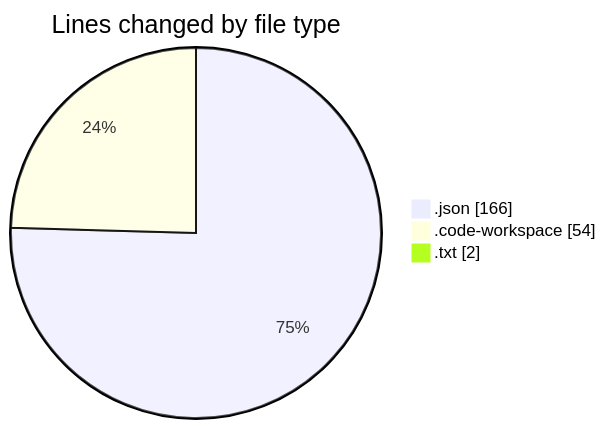
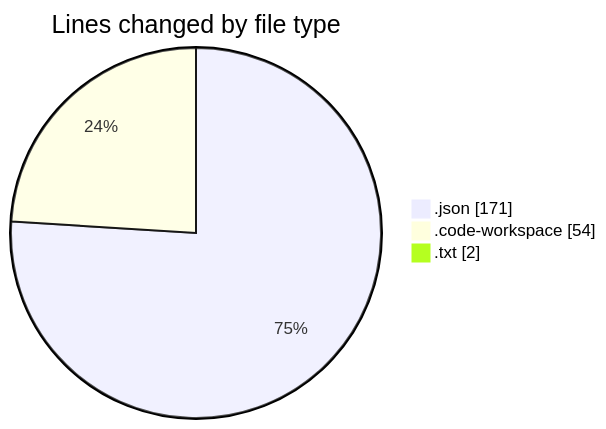
The first of 2 diagrams in 2026-02-24/workbench__workspace_/README.md (jadenblack/code-tracking), drawn with Mermaid before and after one commit. The commit also changed other lines of this file and 1 other file, not shown here.

````diff
--- a/2026-02-24/workbench__workspace_/README.md
+++ b/2026-02-24/workbench__workspace_/README.md
@@ -22,7 +22,7 @@
 ```mermaid
 pie showData
 title Lines changed by file type
-".json" : 166
+".json" : 171
 ".code-workspace" : 54
 ".txt" : 2
 ```
````
